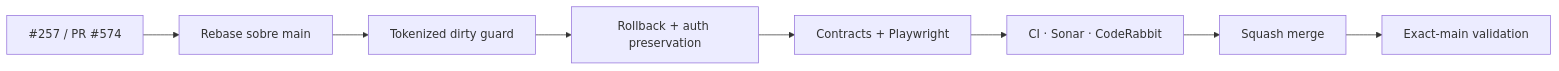
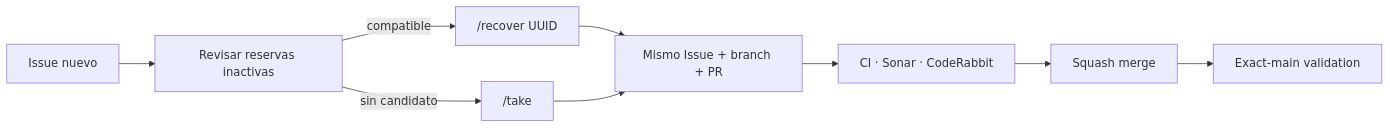
One commit to pl0n3r/brvtal changed the diagram in README.md. Above: the diagram before and after it, drawn with Mermaid. The commit also changed other lines of this file and 4 other files, not shown here.

````diff
--- a/README.md
+++ b/README.md
@@ -51,10 +51,11 @@
 ```mermaid
 flowchart LR
- I["#257 / PR #574"] --> R["Rebase sobre main"]
- R --> G["Tokenized dirty guard"]
- G --> A["Rollback + auth preservation"]
- A --> T["Contracts + Playwright"]
- T --> P["CI · Sonar · CodeRabbit"]
- P --> M["Squash merge"]
+ Q["Issue nuevo"] --> S["Revisar reservas inactivas"]
+ S -->|compatible| R["/recover UUID"]
+ S -->|sin candidato| T["/take"]
+ R --> O["Mismo Issue + branch + PR"]
+ T --> O
+ O --> C["CI · Sonar · CodeRabbit"]
+ C --> M["Squash merge"]
  M --> X["Exact-main validation"]
 ```
````
